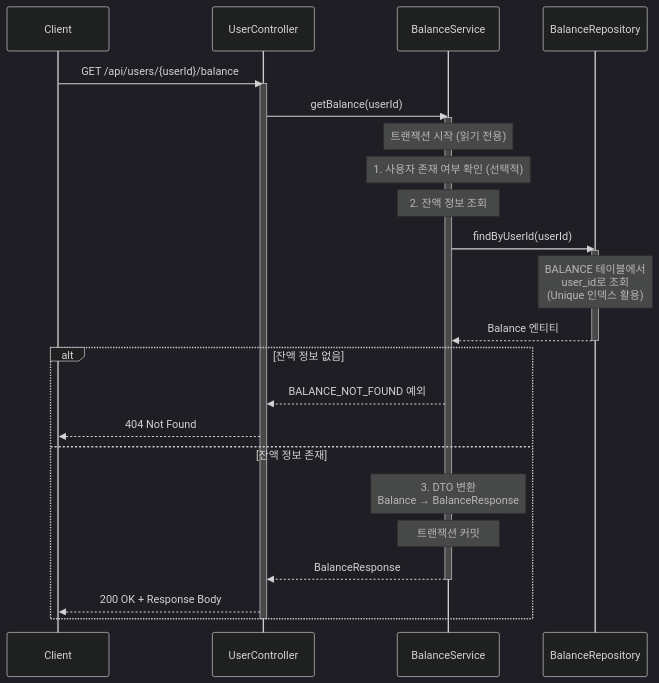
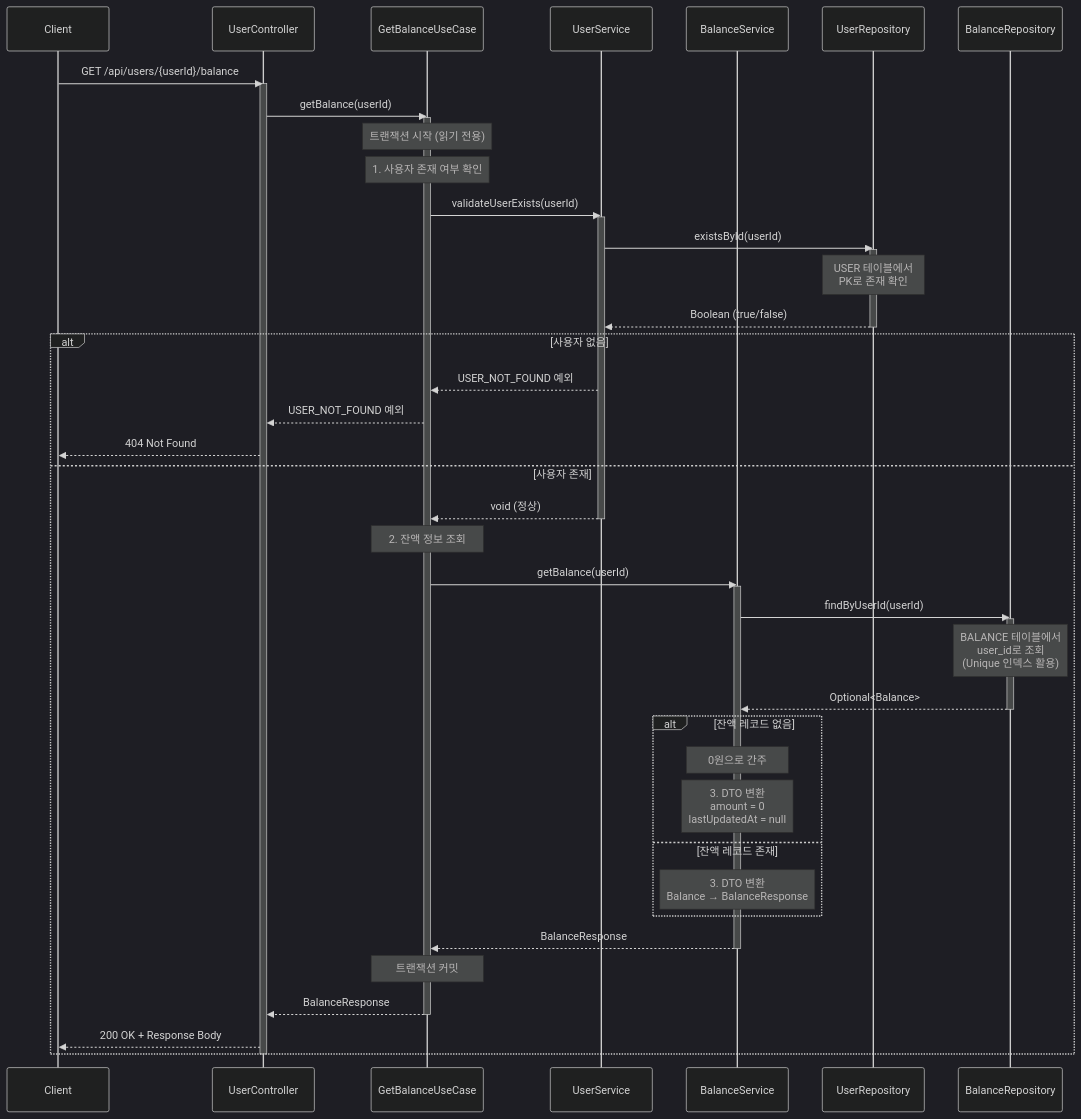
Before and after one commit to edit8080/commerce-api: the diagram in docs/api/user/get-balance.md, drawn with Mermaid (dark theme). The commit also changed other lines of this file and 22 other files, not shown here.

````diff
--- a/docs/api/user/get-balance.md
+++ b/docs/api/user/get-balance.md
@@ -159,40 +159,67 @@
 ```mermaid
 sequenceDiagram
     participant Client as Client
     participant Controller as UserController
-    participant Service as BalanceService
+    participant UseCase as GetBalanceUseCase
+    participant UserService as UserService
+    participant BalanceService as BalanceService
+    participant UserRepo as UserRepository
     participant BalanceRepo as BalanceRepository
 
     Client->>Controller: GET /api/users/{userId}/balance
     activate Controller
 
-    Controller->>Service: getBalance(userId)
-    activate Service
+    Controller->>UseCase: getBalance(userId)
+    activate UseCase
 
-    Note over Service: 트랜잭션 시작 (읽기 전용)
+    Note over UseCase: 트랜잭션 시작 (읽기 전용)
 
-    Note over Service: 1. 사용자 존재 여부 확인 (선택적)
+    Note over UseCase: 1. 사용자 존재 여부 확인
 
-    Note over Service: 2. 잔액 정보 조회
+    UseCase->>UserService: validateUserExists(userId)
+    activate UserService
 
-    Service->>BalanceRepo: findByUserId(userId)
-    activate BalanceRepo
-    Note over BalanceRepo: BALANCE 테이블에서<br/>user_id로 조회<br/>(Unique 인덱스 활용)
-    BalanceRepo-->>Service: Balance 엔티티
-    deactivate BalanceRepo
+    UserService->>UserRepo: existsById(userId)
+    activate UserRepo
+    Note over UserRepo: USER 테이블에서<br/>PK로 존재 확인
+    UserRepo-->>UserService: Boolean (true/false)
+    deactivate UserRepo
 
-    alt 잔액 정보 없음
-        Service-->>Controller: BALANCE_NOT_FOUND 예외
+    alt 사용자 없음
+        UserService-->>UseCase: USER_NOT_FOUND 예외
+        UseCase-->>Controller: USER_NOT_FOUND 예외
         Controller-->>Client: 404 Not Found
-    else 잔액 정보 존재
-        Note over Service: 3. DTO 변환<br/>Balance → BalanceResponse
+    else 사용자 존재
+        UserService-->>UseCase: void (정상)
+        deactivate UserService
 
-        Note over Service: 트랜잭션 커밋
+        Note over UseCase: 2. 잔액 정보 조회
 
-        Service-->>Controller: BalanceResponse
-        deactivate Service
+        UseCase->>BalanceService: getBalance(userId)
+        activate BalanceService
+
+        BalanceService->>BalanceRepo: findByUserId(userId)
+        activate BalanceRepo
+        Note over BalanceRepo: BALANCE 테이블에서<br/>user_id로 조회<br/>(Unique 인덱스 활용)
+        BalanceRepo-->>BalanceService: Optional<Balance>
+        deactivate BalanceRepo
+
+        alt 잔액 레코드 없음
+            Note over BalanceService: 0원으로 간주
+            Note over BalanceService: 3. DTO 변환<br/>amount = 0<br/>lastUpdatedAt = null
+        else 잔액 레코드 존재
+            Note over BalanceService: 3. DTO 변환<br/>Balance → BalanceResponse
+        end
+
+        BalanceService-->>UseCase: BalanceResponse
+        deactivate BalanceService
+
+        Note over UseCase: 트랜잭션 커밋
+
+        UseCase-->>Controller: BalanceResponse
+        deactivate UseCase
 
         Controller-->>Client: 200 OK + Response Body
     end
     deactivate Controller
 ```
````
